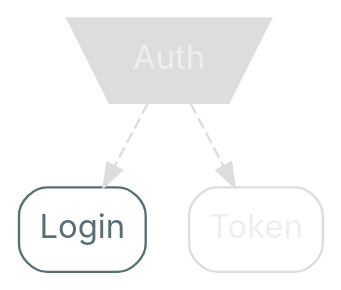
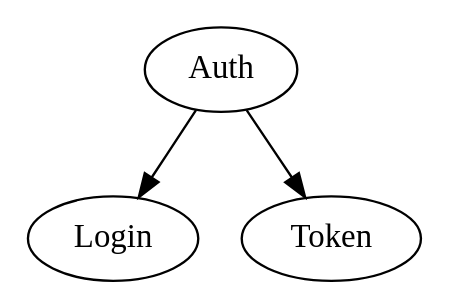
Before and after one commit to nrinaudo/optics-from-the-ground-up: the diagram in src/graphviz/auth-3.dot, drawn with Graphviz. The commit also changed 24 other files, not shown here.

Commit message:
Rework diagrams to use stylesheets

```diff
--- a/src/graphviz/auth-3.dot
+++ b/src/graphviz/auth-3.dot
@@ -1,18 +1,9 @@
 digraph {
-    bgcolor=transparent
-
-    // Default theme
-    node[shape="rectangle" style="rounded,filled" color="#586E75" fillcolor="#ffffff" fontcolor="#586E75" fontname="Inter,Arial"]
-    edge[color="#586E75" fontcolor="#586E75" fontname="Inter,Arial" fontsize=11]
-
-    // sum types
-    auth[shape=invtrapezium, style=filled fillcolor="#dddddd" color="#dddddd" fontcolor="#eeeeee"]
-
-    auth[label=Auth color="#dddddd" fontcolor="#eeeeee"]
+    auth[label=Auth class="sum,disabled"]
 
     login[label=Login]
-    token[label=Token color="#dddddd" fontcolor="#eeeeee"]
+    token[label=Token class="disabled"]
 
-    auth -> token[style=dashed color="#dddddd" fontcolor="#dddddd"]
-    auth -> login[style=dashed color="#dddddd" fontcolor="#dddddd"]
+    auth -> token[class="value,disabled"]
+    auth -> login[class="value,disabled"]
 }
```
